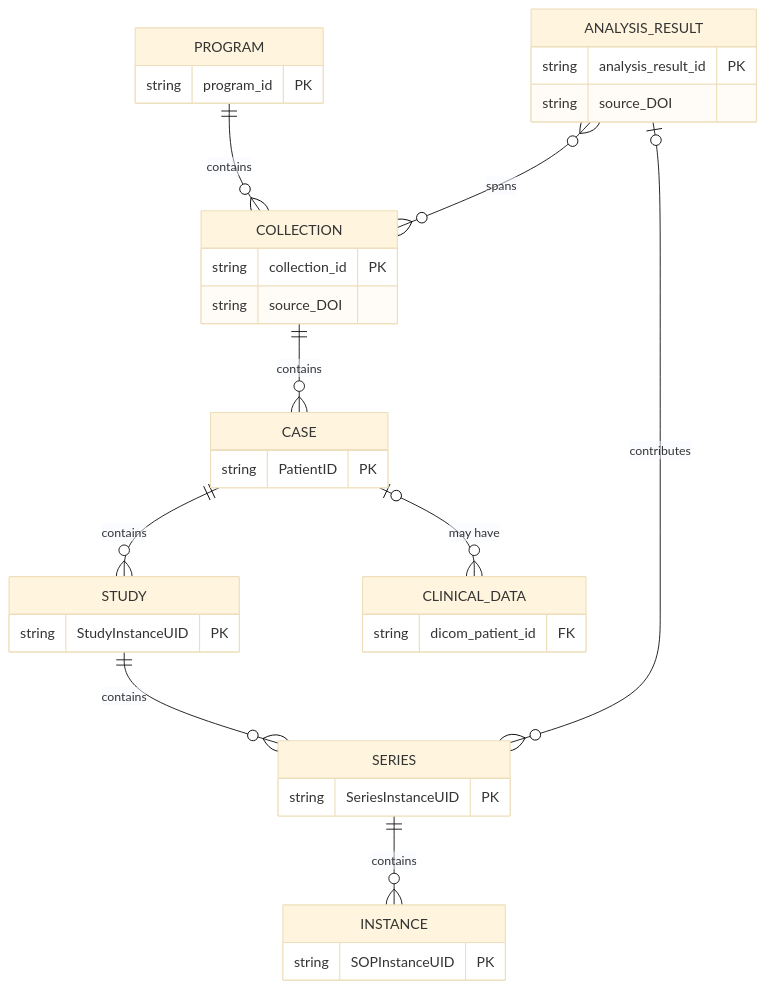
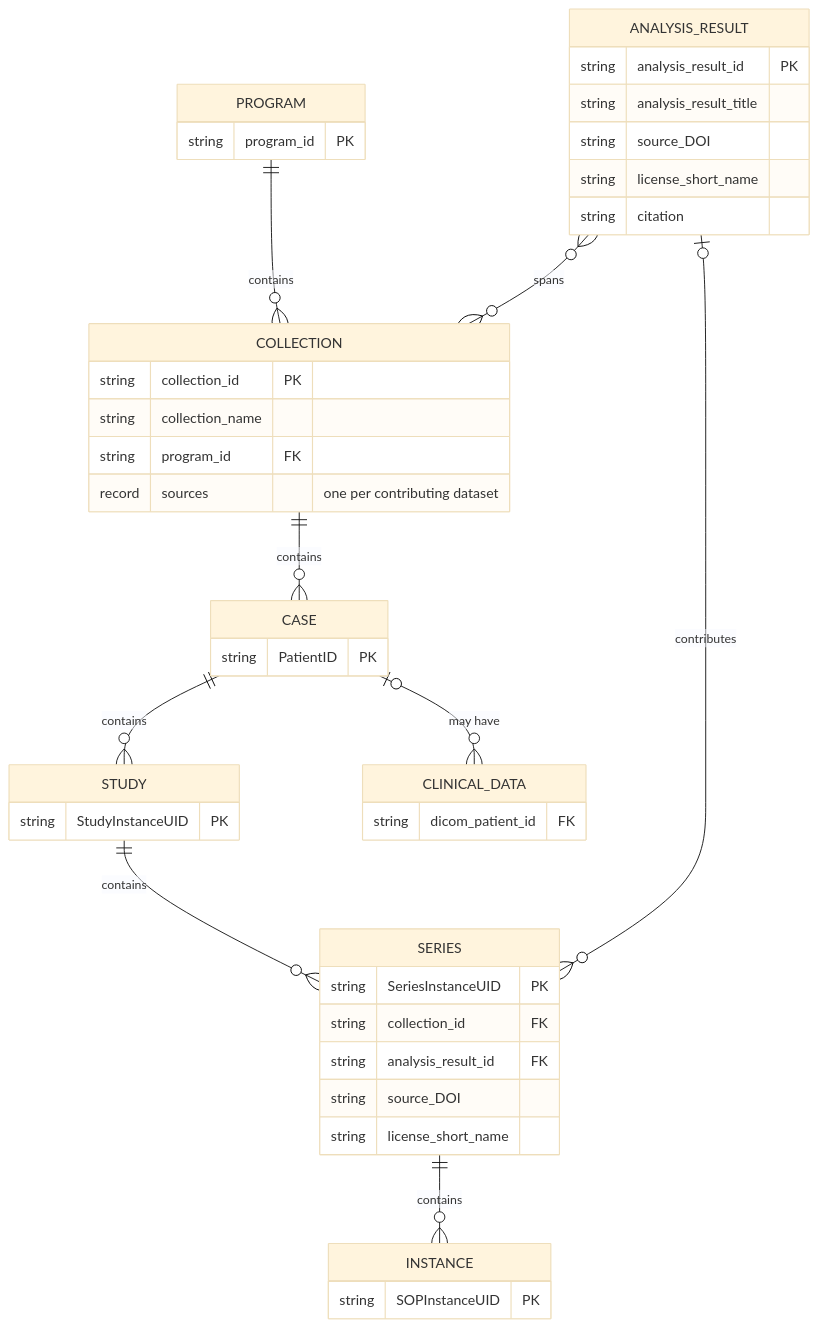
One commit to ImagingDataCommons/IDC-Docs changed the diagram in data/data-model.md. Above: the diagram before and after it, drawn with Mermaid (base theme). The commit also changed other lines of this file, not shown here.

First paragraph of the commit message:
Give COLLECTION and ANALYSIS_RESULT parallel fields in the E-R diagram
The diagram gave COLLECTION a source_DOI and ANALYSIS_RESULT little else,
which both understated analysis results as first-class contributions and
misplaced DOI as a property of the collection.

````diff
--- a/data/data-model.md
+++ b/data/data-model.md
@@ -5,39 +5,48 @@
 ```mermaid
 erDiagram
     PROGRAM ||--o{ COLLECTION : contains
     COLLECTION ||--o{ CASE : contains
     CASE ||--o{ STUDY : contains
     STUDY ||--o{ SERIES : contains
     SERIES ||--o{ INSTANCE : contains
     ANALYSIS_RESULT |o--o{ SERIES : contributes
     ANALYSIS_RESULT }o--o{ COLLECTION : spans
     CASE |o--o{ CLINICAL_DATA : "may have"
 
     PROGRAM {
         string program_id PK
     }
 
     COLLECTION {
         string collection_id PK
-        string source_DOI
+        string collection_name
+        string program_id FK
+        record sources "one per contributing dataset"
     }
     CASE {
         string PatientID PK
     }
     STUDY {
         string StudyInstanceUID PK
     }
     SERIES {
         string SeriesInstanceUID PK
+        string collection_id FK
+        string analysis_result_id FK
+        string source_DOI
+        string license_short_name
     }
     INSTANCE {
         string SOPInstanceUID PK
     }
     ANALYSIS_RESULT {
         string analysis_result_id PK
+        string analysis_result_title
         string source_DOI
+        string license_short_name
+        string citation
     }
     CLINICAL_DATA {
         string dicom_patient_id FK
     }
 ```
````
